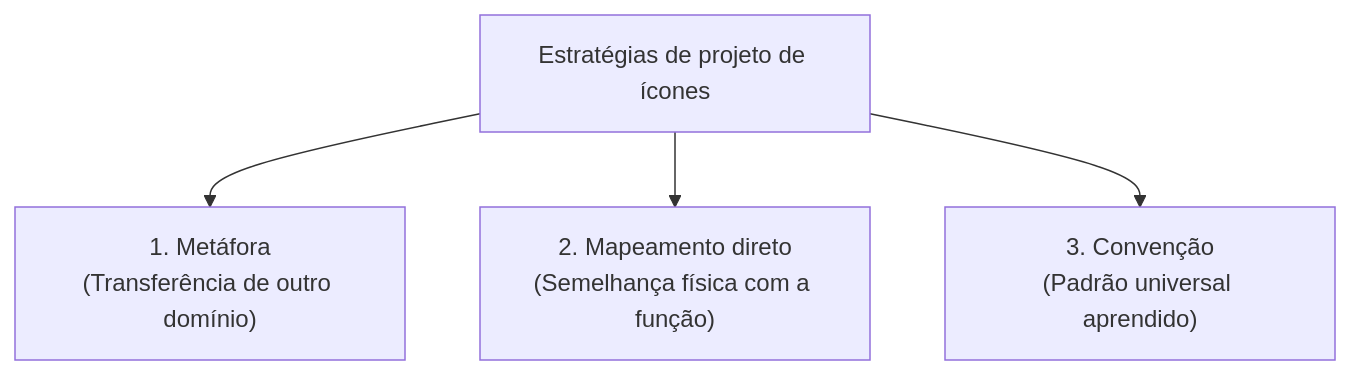
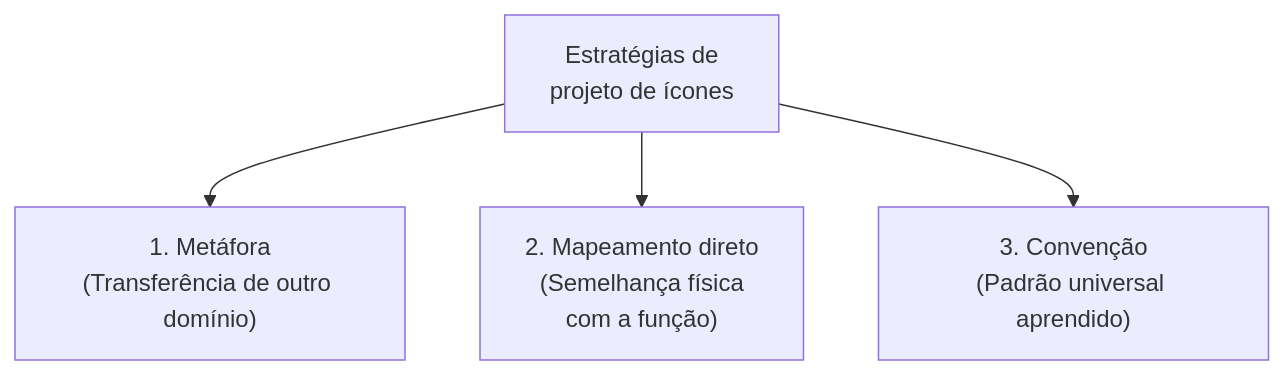
One commit to leorruas/puc changed the second of 3 diagrams in 08. Design de Interacao/17. Projeto de ícones em interfaces interativas - metáfora, mapeamento direto e convenção.md. Above: the diagram before and after it, drawn with Mermaid. The commit also changed other lines of this file and 16 other files, not shown here.

Commit message:
style(mermaid): comprehensive audit and optimization of 45 Mermaid blocks across all 22 topic notes

````diff
--- a/08. Design de Interacao/17. Projeto de ícones em interfaces interativas - metáfora, mapeamento direto e convenção.md
+++ b/08. Design de Interacao/17. Projeto de ícones em interfaces interativas - metáfora, mapeamento direto e convenção.md
@@ -60,6 +60,6 @@
 ```mermaid
 graph TD
-    Projeto["Estratégias de projeto de ícones"] --> Metafora["1. Metáfora<br>(Transferência de outro domínio)"]
-    Projeto --> Mapeamento["2. Mapeamento direto<br>(Semelhança física com a função)"]
+    Projeto["Estratégias de<br>projeto de ícones"] --> Metafora["1. Metáfora<br>(Transferência de outro domínio)"]
+    Projeto --> Mapeamento["2. Mapeamento direto<br>(Semelhança física<br>com a função)"]
     Projeto --> Convenção["3. Convenção<br>(Padrão universal aprendido)"]
 ```
````
